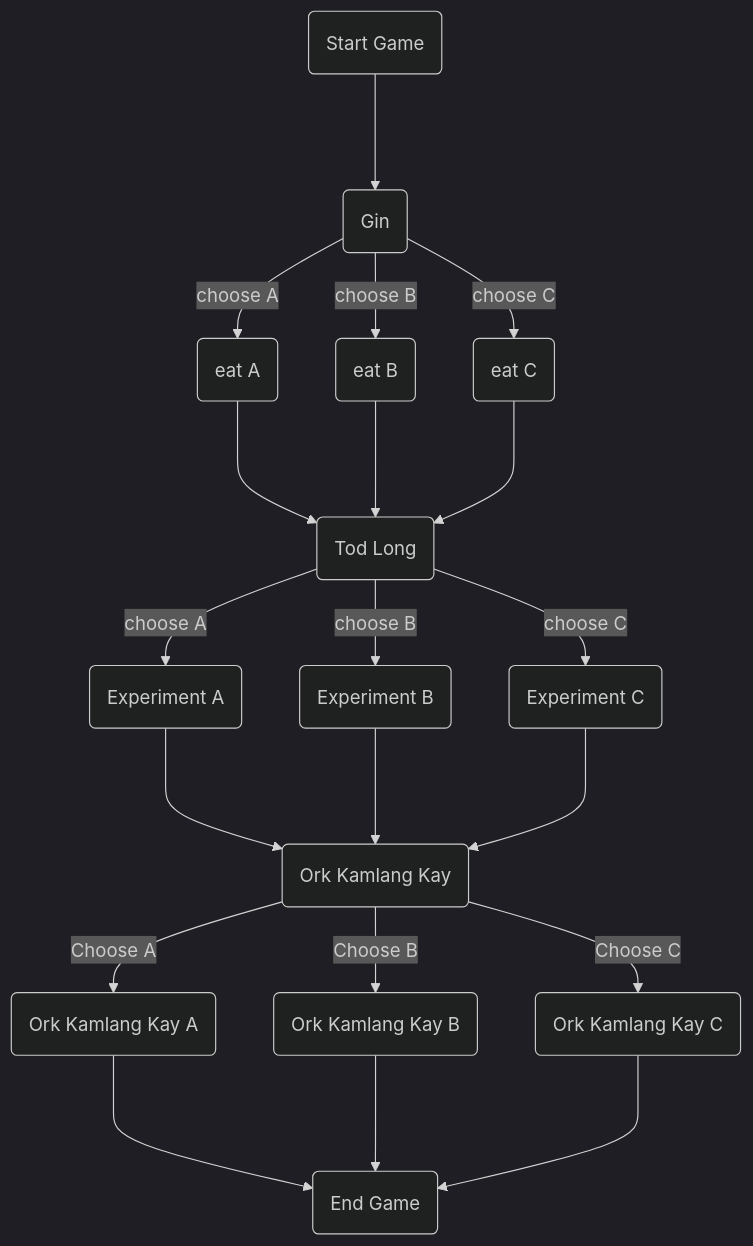
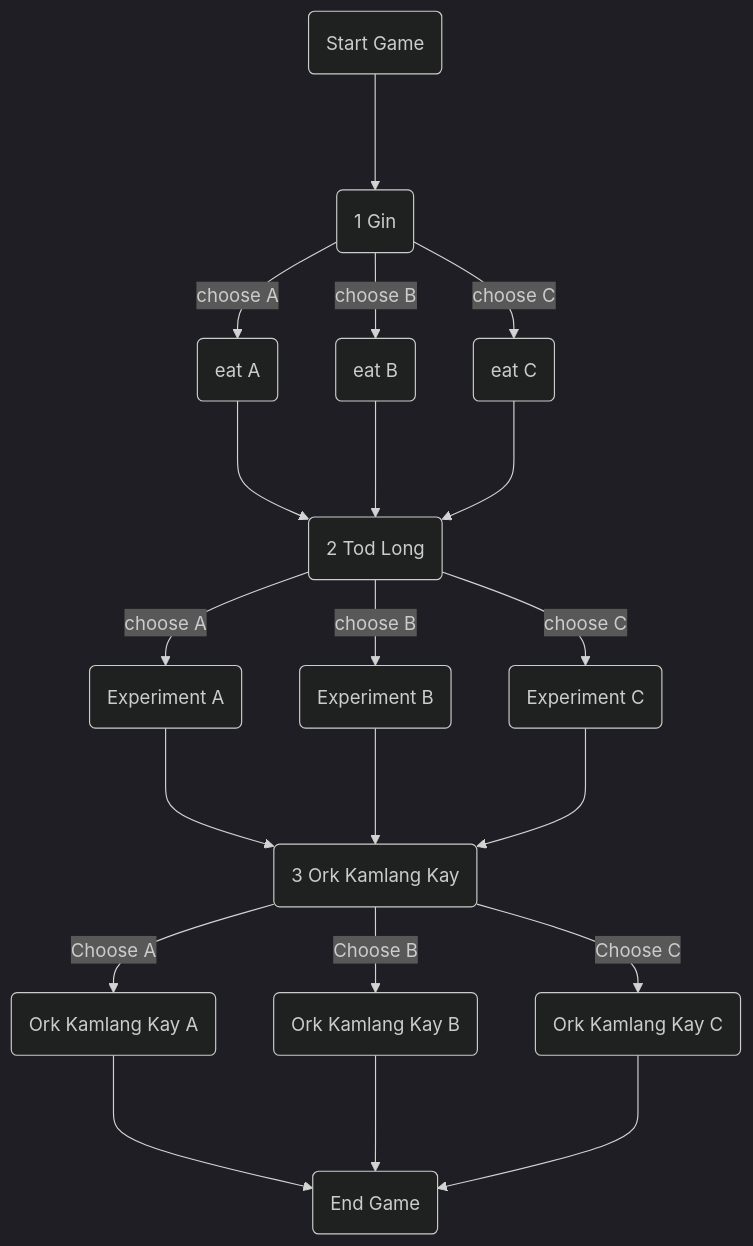
Before and after one commit to SSProgamer/ISS-Project: the diagram in README.md, drawn with Mermaid (dark theme).

````diff
--- a/README.md
+++ b/README.md
@@ -3,25 +3,25 @@
 ``` mermaid
 flowchart TB
 endgame(End Game)
-startgame(Start Game) ---> gin(Gin)
+startgame(Start Game) ---> gin(1 Gin)
 gin-- choose A --> gina(eat A)
 gin-- choose B --> ginb(eat B)
 gin-- choose C --> ginc(eat C)
-todlong(Tod Long)
+todlong(2 Tod Long)
 gina ---> todlong
 ginb ---> todlong
 ginc ---> todlong
 todlong -- choose A --> toda(Experiment A)
 todlong -- choose B --> todb(Experiment B)
 todlong -- choose C --> todc(Experiment C)
-ork(Ork Kamlang Kay)
+ork(3 Ork Kamlang Kay)
 toda ---> ork
 todb ---> ork
 todc ---> ork
 ork -- Choose A --> orka(Ork Kamlang Kay A)
 ork -- Choose B --> orkb(Ork Kamlang Kay B)
 ork -- Choose C --> orkc(Ork Kamlang Kay C)
 orka ---> endgame
 orkb ---> endgame
 orkc ---> endgame
 ```
````
